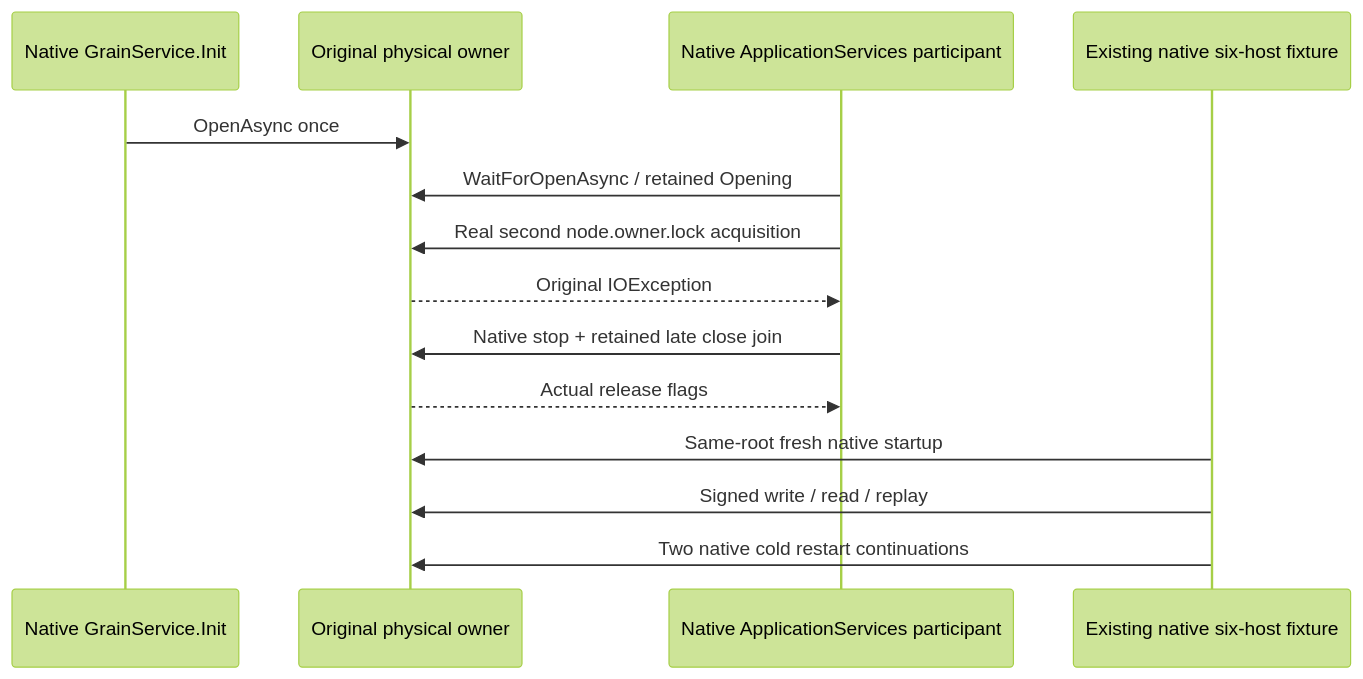
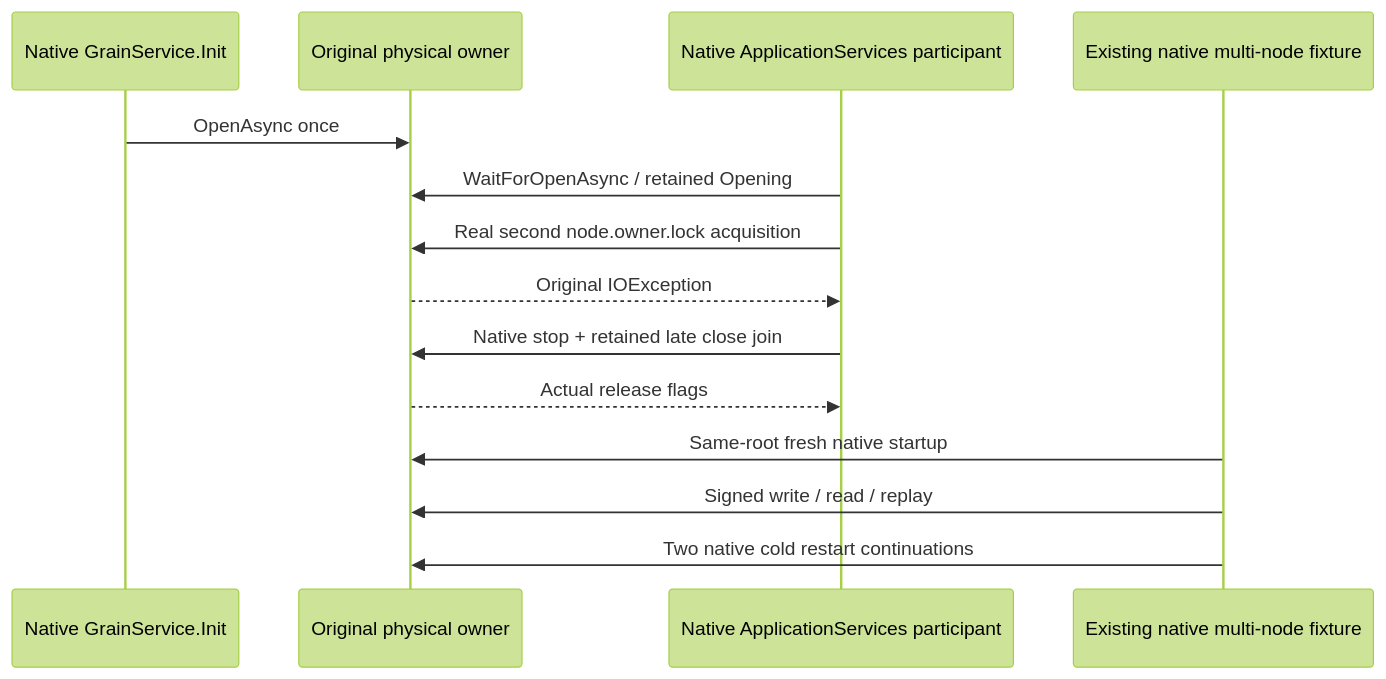
One commit to managedcode/KeyLoad changed the diagram in docs/Features/StorageRecovery/PartitionStorageNativeStartup.md. Above: the diagram before and after it, drawn with Mermaid (forest theme). The commit also changed other lines of this file and 7356 other files, not shown here.

````diff
--- a/docs/Features/StorageRecovery/PartitionStorageNativeStartup.md
+++ b/docs/Features/StorageRecovery/PartitionStorageNativeStartup.md
@@ -13,16 +13,16 @@
 ```mermaid
 sequenceDiagram
     participant GS as Native GrainService.Init
     participant Owner as Original physical owner
     participant Trial as Native ApplicationServices participant
-    participant Group as Existing native six-host fixture
+    participant Group as Existing native multi-node fixture
     GS->>Owner: OpenAsync once
     Trial->>Owner: WaitForOpenAsync / retained Opening
     Trial->>Owner: Real second node.owner.lock acquisition
     Owner-->>Trial: Original IOException
     Trial->>Owner: Native stop + retained late close join
     Owner-->>Trial: Actual release flags
     Group->>Owner: Same-root fresh native startup
     Group->>Owner: Signed write / read / replay
     Group->>Owner: Two native cold restart continuations
 ```
````
